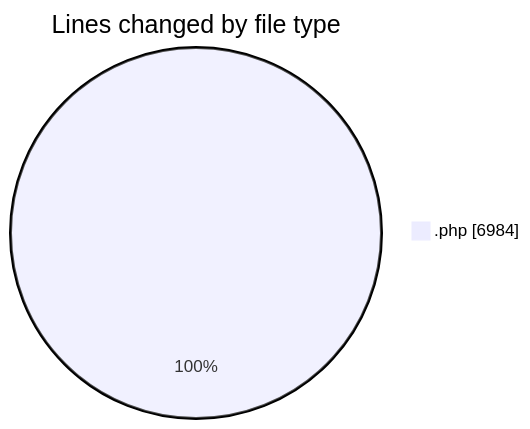
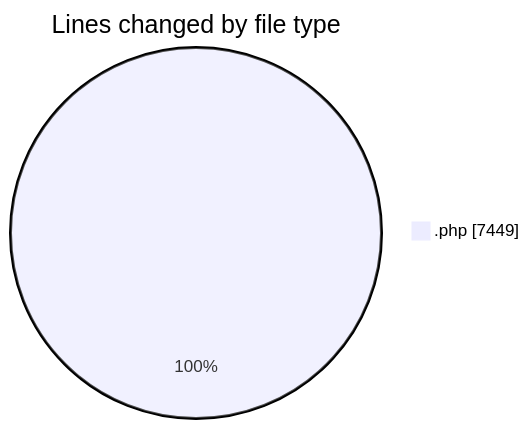
The first of 2 diagrams in 2025-04-17/zeytoon/README.md (vahidmafi/code-tracking), drawn with Mermaid before and after one commit. The commit also changed other lines of this file and 1 other file, not shown here.

````diff
--- a/2025-04-17/zeytoon/README.md
+++ b/2025-04-17/zeytoon/README.md
@@ -25,5 +26,5 @@
 ```mermaid
 pie showData
 title Lines changed by file type
-".php" : 6984
+".php" : 7449
 ```
````
